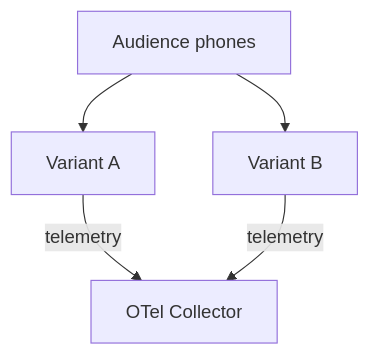
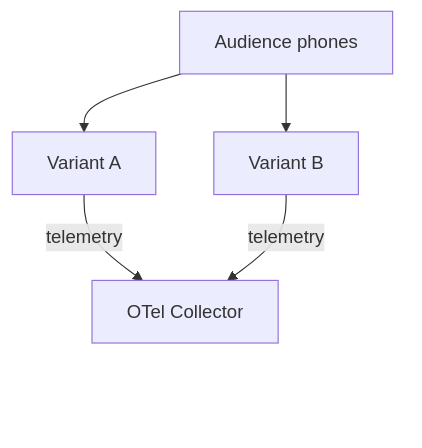
Before and after one commit to ThomasVitale/kubecon-2026-gitops: the fifth of 7 diagrams in slides/index.qmd, drawn with Mermaid. The commit also changed other lines of this file, not shown here.

First line of the commit message:
style(prd-4): stabilize Scene 2 architecture diagram layout

````diff
--- a/slides/index.qmd
+++ b/slides/index.qmd
@@ -174,8 +183,13 @@
 ```{mermaid}
 %%| fig-width: 10
 flowchart TB
   audience["Audience phones"]
   audience --> va["Variant A"]
   audience --> vb["Variant B"]
   va & vb -->|"telemetry"| collector["OTel Collector"]
+  collector -->|" "| platform[" "]
+  platform -.->|" "| audience
+  style platform fill:none,stroke:none
+  linkStyle 4 stroke:none
+  linkStyle 5 stroke:none
 ```
````
